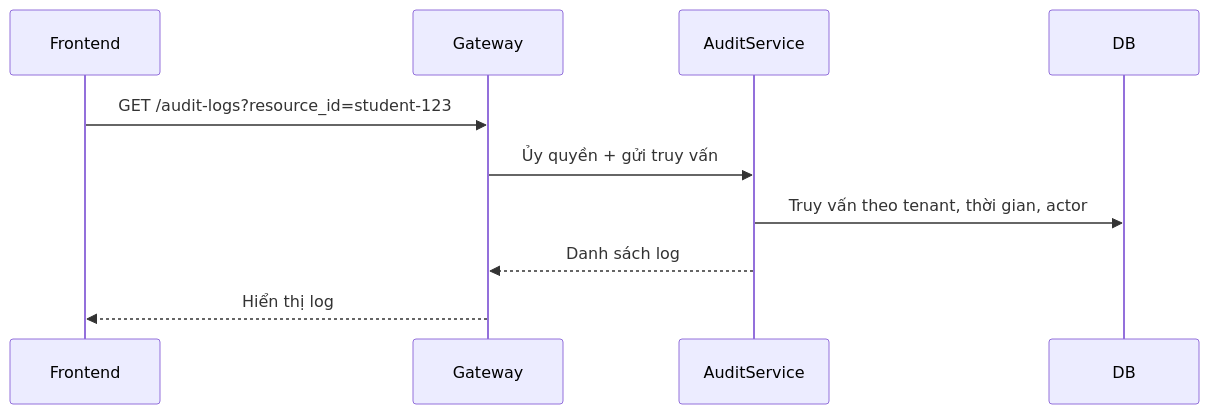
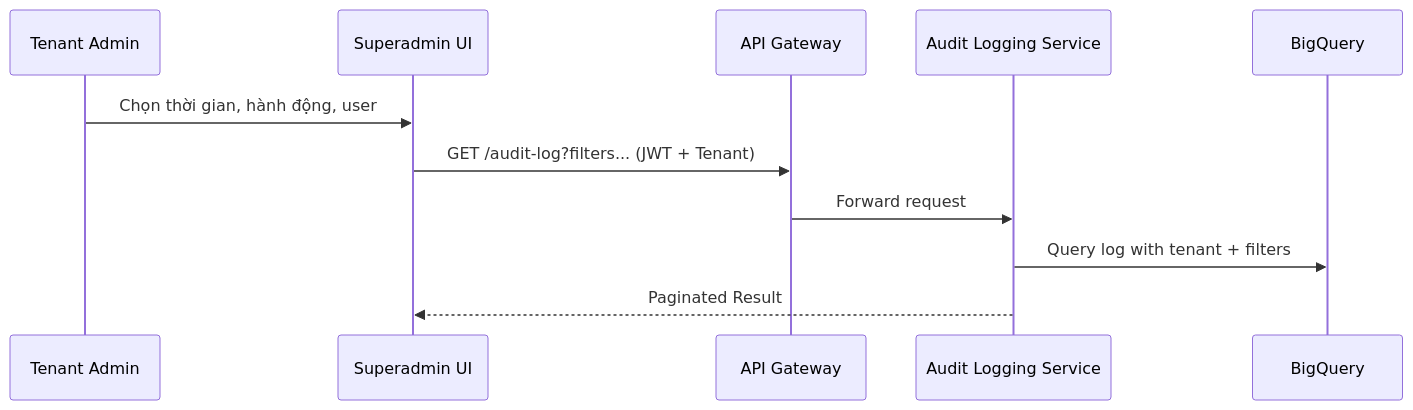
Before and after one commit to ezdesign-vn/dx-vas: the fourth of 5 diagrams in docs/services/audit-logging-service/design.md, drawn with Mermaid. The commit also changed other lines of this file and 3 other files, not shown here.

Commit message:
init audit logging service

````diff
--- a/docs/services/audit-logging-service/design.md
+++ b/docs/services/audit-logging-service/design.md
@@ -216,13 +264,14 @@
 ```mermaid
 sequenceDiagram
-    participant Frontend
-    participant Gateway
-    participant AuditService
-    participant DB
+  participant Admin as Tenant Admin
+  participant WebApp as Superadmin UI
+  participant Gateway as API Gateway
+  participant ALS as Audit Logging Service
+  participant DB as BigQuery
 
-    Frontend->>Gateway: GET /audit-logs?resource_id=student-123
-    Gateway->>AuditService: Ủy quyền + gửi truy vấn
-    AuditService->>DB: Truy vấn theo tenant, thời gian, actor
-    AuditService-->>Gateway: Danh sách log
-    Gateway-->>Frontend: Hiển thị log
+  Admin->>WebApp: Chọn thời gian, hành động, user
+  WebApp->>Gateway: GET /audit-log?filters... (JWT + Tenant)
+  Gateway->>ALS: Forward request
+  ALS->>DB: Query log with tenant + filters
+  ALS-->>WebApp: Paginated Result
 ```
````
